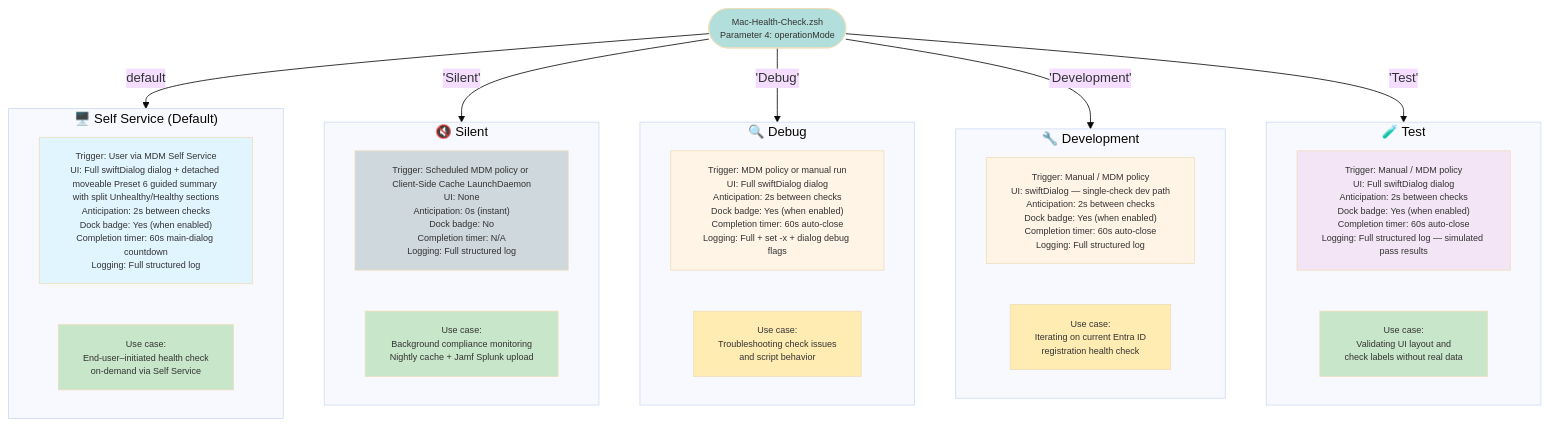
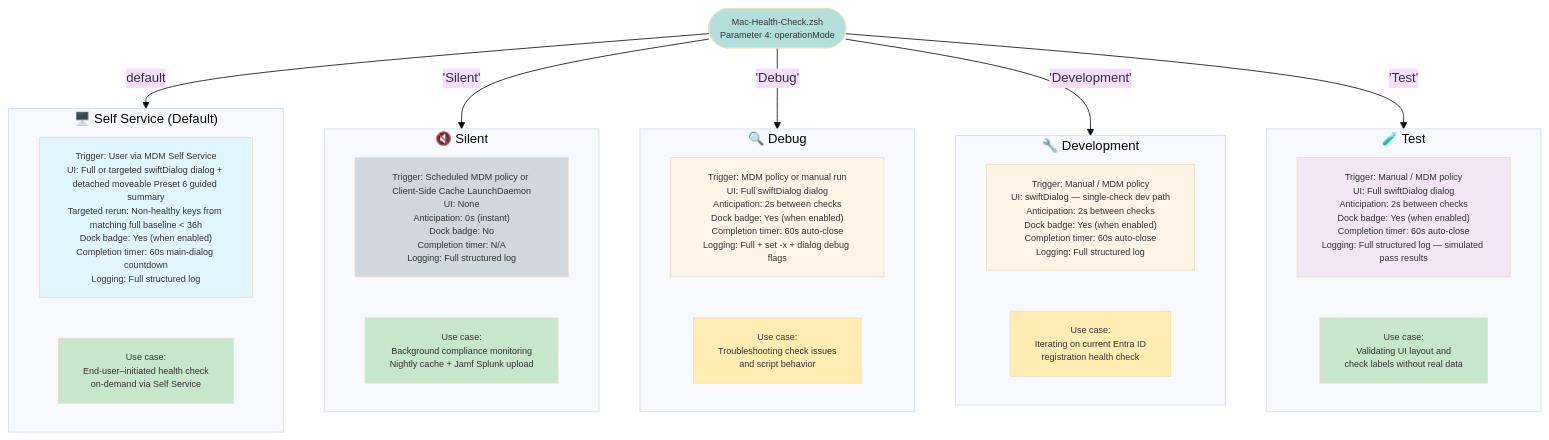
The diagram in Diagrams/05-operation-modes.md (dan-snelson/Mac-Health-Check), drawn with Mermaid (base theme) before and after one commit. The commit also changed other lines of this file and 6 other files, not shown here.

````diff
--- a/Diagrams/05-operation-modes.md
+++ b/Diagrams/05-operation-modes.md
@@ -5,54 +5,54 @@
 ```mermaid
 graph TB
     ENTRY(["Mac-Health-Check.zsh<br>Parameter 4: operationMode"])
 
     subgraph SelfService["🖥️ Self Service (Default)"]
-        SS_DESC["Trigger: User via MDM Self Service<br>UI: Full swiftDialog dialog + detached moveable Preset 6 guided summary with split Unhealthy/Healthy sections<br>Anticipation: 2s between checks<br>Dock badge: Yes (when enabled)<br>Completion timer: 60s main-dialog countdown<br>Logging: Full structured log"]
+        SS_DESC["Trigger: User via MDM Self Service<br>UI: Full or targeted swiftDialog dialog + detached moveable Preset 6 guided summary<br>Targeted rerun: Non-healthy keys from matching full baseline < 36h<br>Dock badge: Yes (when enabled)<br>Completion timer: 60s main-dialog countdown<br>Logging: Full structured log"]
         SS_USE["Use case:<br>End-user–initiated health check<br>on-demand via Self Service"]
 
         style SS_DESC fill:#e1f5ff
         style SS_USE fill:#c8e6c9
     end
 
     subgraph Silent["🔇 Silent"]
         SL_DESC["Trigger: Scheduled MDM policy or Client-Side Cache LaunchDaemon<br>UI: None<br>Anticipation: 0s (instant)<br>Dock badge: No<br>Completion timer: N/A<br>Logging: Full structured log"]
         SL_USE["Use case:<br>Background compliance monitoring<br>Nightly cache + Jamf Splunk upload"]
 
         style SL_DESC fill:#cfd8dc
         style SL_USE fill:#c8e6c9
     end
 
     subgraph Debug["🔍 Debug"]
         DB_DESC["Trigger: MDM policy or manual run<br>UI: Full swiftDialog dialog<br>Anticipation: 2s between checks<br>Dock badge: Yes (when enabled)<br>Completion timer: 60s auto-close<br>Logging: Full + set -x + dialog debug flags"]
         DB_USE["Use case:<br>Troubleshooting check issues<br>and script behavior"]
 
         style DB_DESC fill:#fff4e6
         style DB_USE fill:#ffecb3
     end
 
     subgraph Development["🔧 Development"]
         DV_DESC["Trigger: Manual / MDM policy<br>UI: swiftDialog — single-check dev path<br>Anticipation: 2s between checks<br>Dock badge: Yes (when enabled)<br>Completion timer: 60s auto-close<br>Logging: Full structured log"]
         DV_USE["Use case:<br>Iterating on current Entra ID<br>registration health check"]
 
         style DV_DESC fill:#fff4e6
         style DV_USE fill:#ffecb3
     end
 
     subgraph Test["🧪 Test"]
         TS_DESC["Trigger: Manual / MDM policy<br>UI: Full swiftDialog dialog<br>Anticipation: 2s between checks<br>Dock badge: Yes (when enabled)<br>Completion timer: 60s auto-close<br>Logging: Full structured log — simulated pass results"]
         TS_USE["Use case:<br>Validating UI layout and<br>check labels without real data"]
 
         style TS_DESC fill:#f3e5f5
         style TS_USE fill:#c8e6c9
     end
 
     ENTRY -->|default| SelfService
     ENTRY -->|"'Silent'"| Silent
     ENTRY -->|"'Debug'"| Debug
     ENTRY -->|"'Development'"| Development
     ENTRY -->|"'Test'"| Test
 
     style ENTRY fill:#b2dfdb
 
     classDef default font-size:11px
 ```
````
